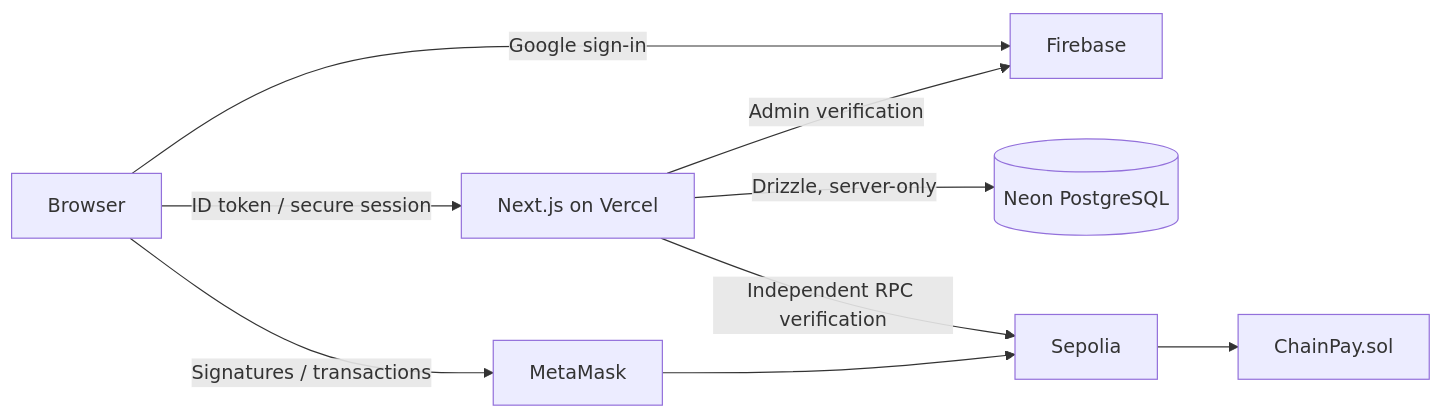
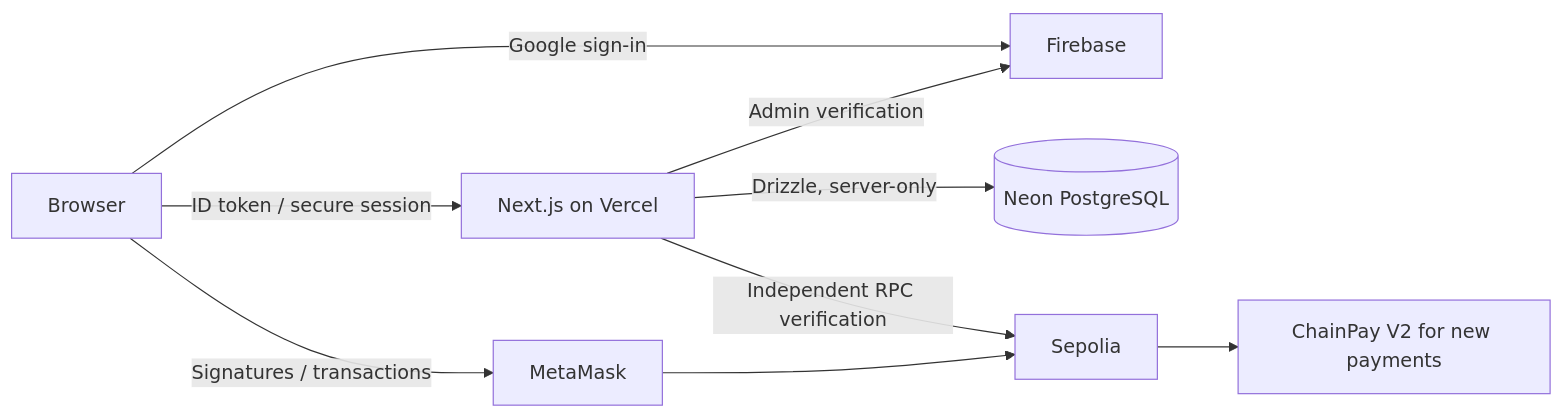
The diagram in docs/ARCHITECTURE.md (Sommai-Supawong/ChainPay), drawn with Mermaid before and after one commit. The commit also changed other lines of this file and 27 other files, not shown here.

````diff
--- a/docs/ARCHITECTURE.md
+++ b/docs/ARCHITECTURE.md
@@ -5,11 +5,11 @@
 ```mermaid
 flowchart LR
   Browser -->|Google sign-in| Firebase
   Browser -->|ID token / secure session| Next[Next.js on Vercel]
   Next -->|Admin verification| Firebase
   Next -->|Drizzle, server-only| Neon[(Neon PostgreSQL)]
   Browser -->|Signatures / transactions| MetaMask
   MetaMask --> Sepolia
-  Sepolia --> Contract[ChainPay.sol]
+  Sepolia --> Contract[ChainPay V2 for new payments]
   Next -->|Independent RPC verification| Sepolia
 ```
````
